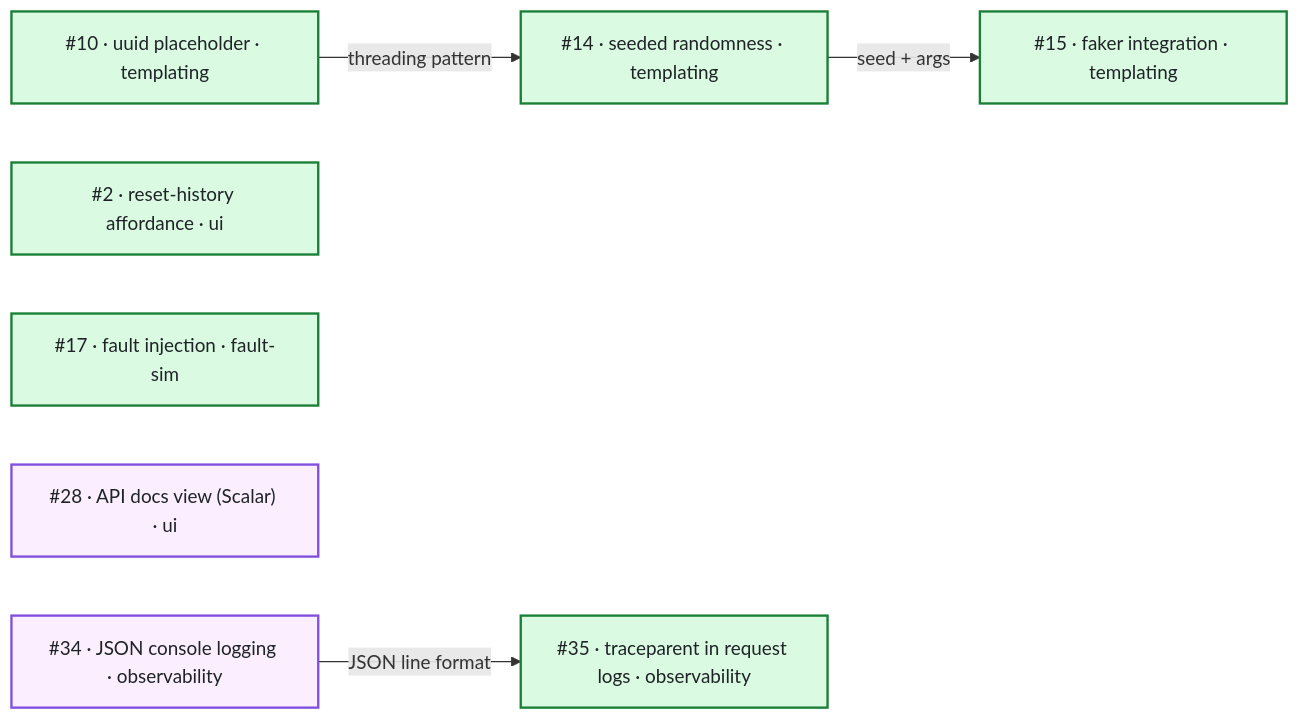
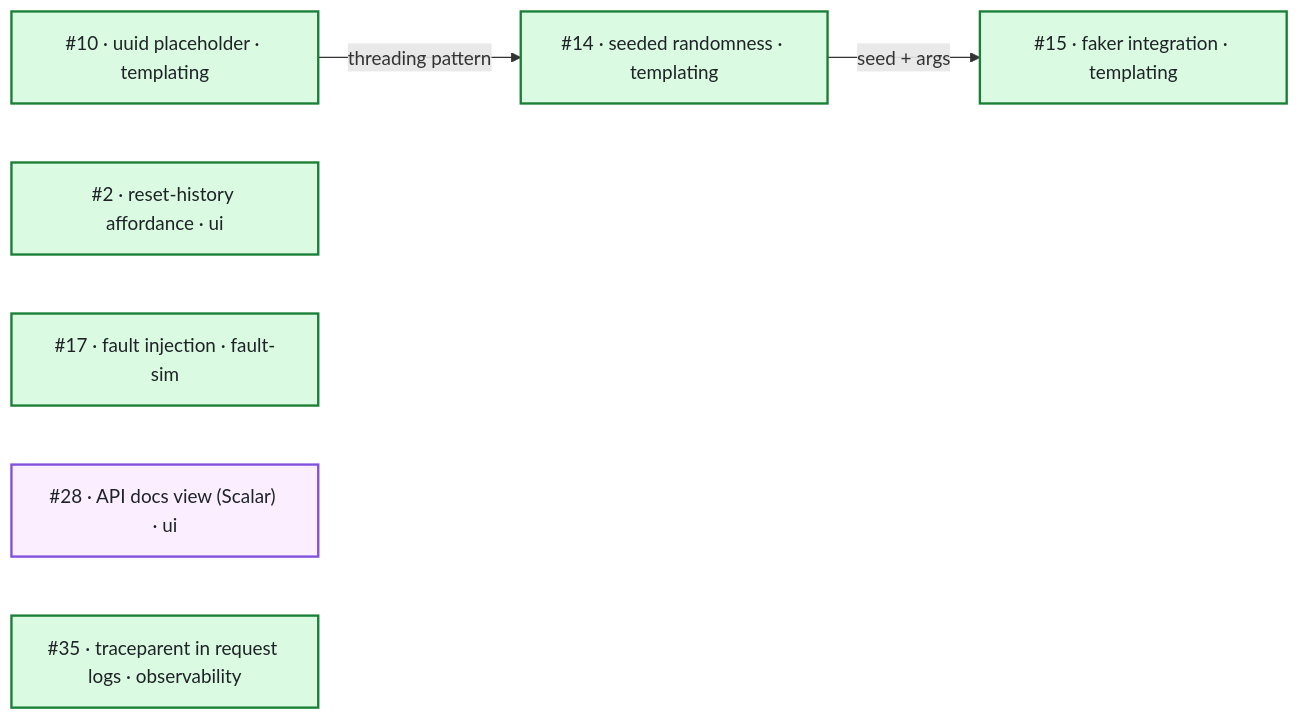
Before and after one commit to bilal-fazlani/mock-server: the first of 2 diagrams in tickets.md, drawn with Mermaid. The commit also changed other lines of this file, not shown here.

Commit message:
chore: update tickets board — close #34
#34 shipped, so its node and the "JSON line format" arrow are gone and its row
moved to Completed. #35 stands alone in Backlog: its only blocker was #34.

Refs #34

````diff
--- a/tickets.md
+++ b/tickets.md
@@ -5,24 +5,22 @@
 ```mermaid
 flowchart LR
   I10["#10 · uuid placeholder · templating"]
   I14["#14 · seeded randomness · templating"]
   I15["#15 · faker integration · templating"]
   I2["#2 · reset-history affordance · ui"]
   I17["#17 · fault injection · fault-sim"]
   I28["#28 · API docs view (Scalar) · ui"]
-  I34["#34 · JSON console logging · observability"]
   I35["#35 · traceparent in request logs · observability"]
 
   I10 -- "threading pattern" --> I14
   I14 -- "seed + args" --> I15
-  I34 -- "JSON line format" --> I35
 
   classDef backlog    fill:#dafbe1,stroke:#1a7f37,stroke-width:2px,color:#1f2328
   classDef refining   fill:#ffeff7,stroke:#bf3989,stroke-width:2px,color:#1f2328
   classDef ready      fill:#ddf4ff,stroke:#0969da,stroke-width:2px,color:#1f2328
   classDef inprogress fill:#fff8c5,stroke:#9a6700,stroke-width:2px,color:#1f2328
   classDef inreview   fill:#fbefff,stroke:#8250df,stroke-width:2px,color:#1f2328
 
   class I2,I10,I14,I15,I17,I35 backlog
-  class I28,I34 inreview
+  class I28 inreview
 ```
````
